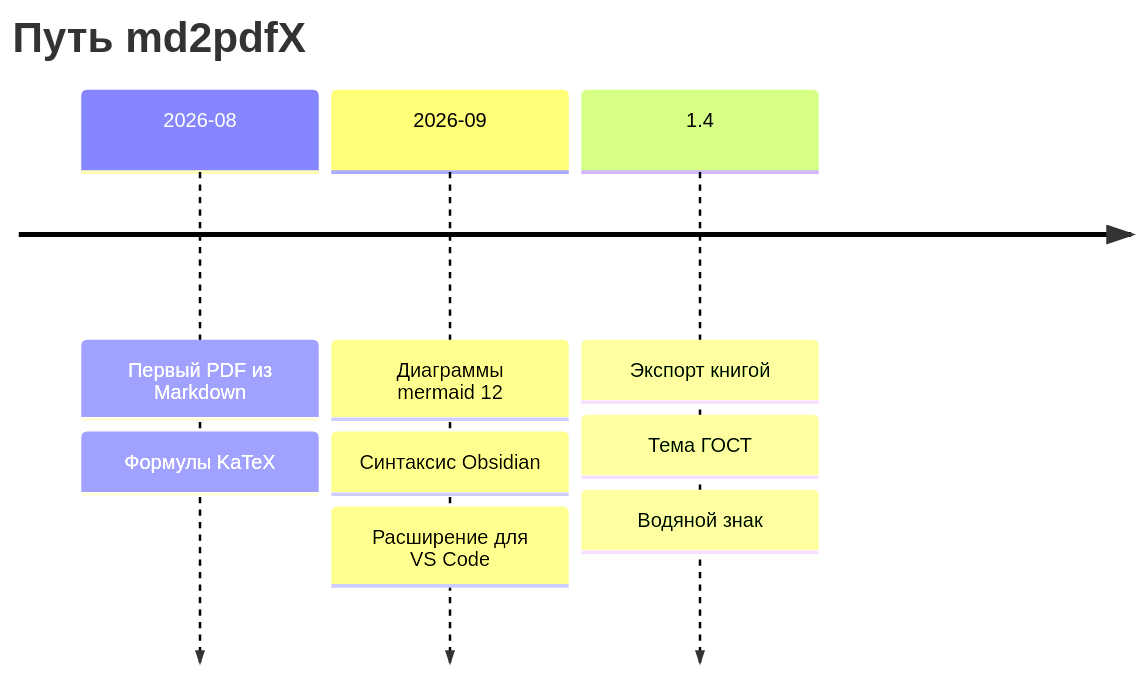
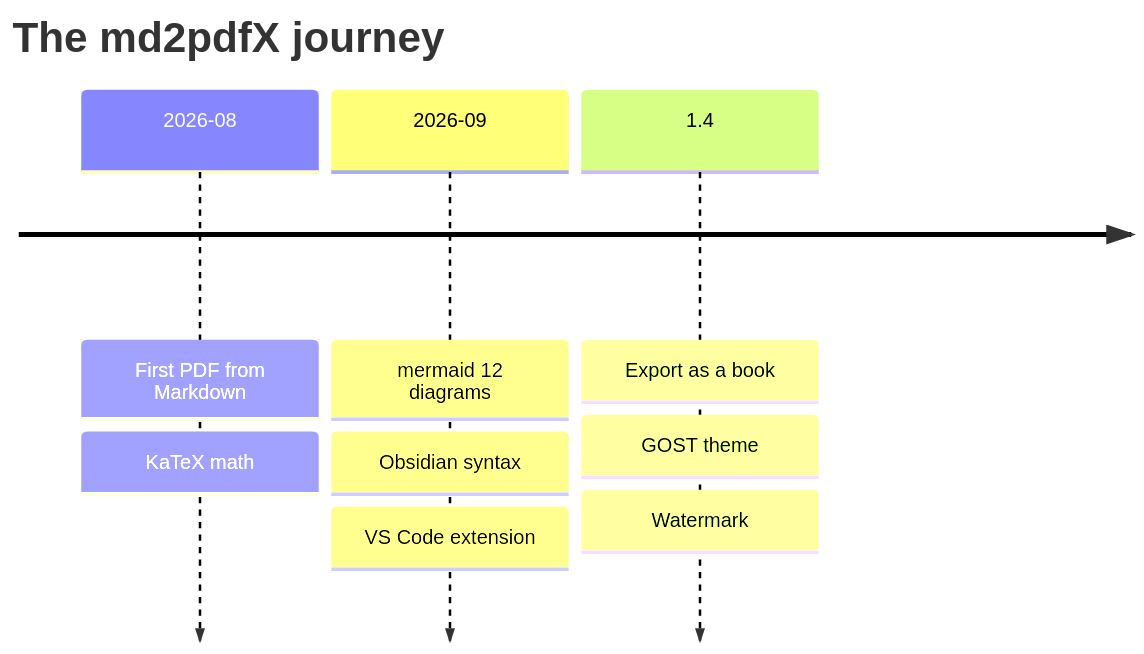
One commit to Kseen715/md2pdfX changed the seventh of 9 diagrams in examples/charts.md. Above: the diagram before and after it, drawn with Mermaid. The commit also changed other lines of this file and 25 other files, not shown here.

````diff
--- a/examples/charts.md
+++ b/examples/charts.md
@@ -97,12 +97,12 @@
 ```mermaid
 timeline
-    title Путь md2pdfX
-    2026-08 : Первый PDF из Markdown
-            : Формулы KaTeX
-    2026-09 : Диаграммы mermaid 12
-            : Синтаксис Obsidian
-            : Расширение для VS Code
-    1.4     : Экспорт книгой
-            : Тема ГОСТ
-            : Водяной знак
+    title The md2pdfX journey
+    2026-08 : First PDF from Markdown
+            : KaTeX math
+    2026-09 : mermaid 12 diagrams
+            : Obsidian syntax
+            : VS Code extension
+    1.4     : Export as a book
+            : GOST theme
+            : Watermark
 ```
````
